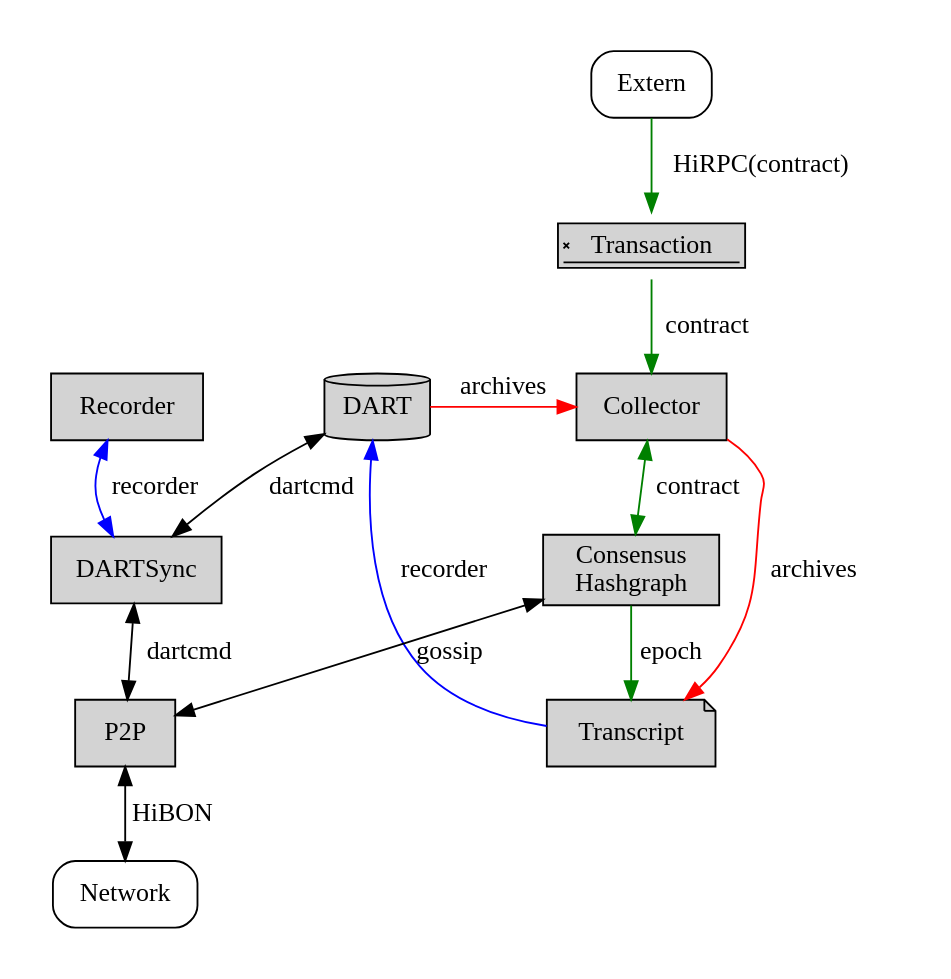
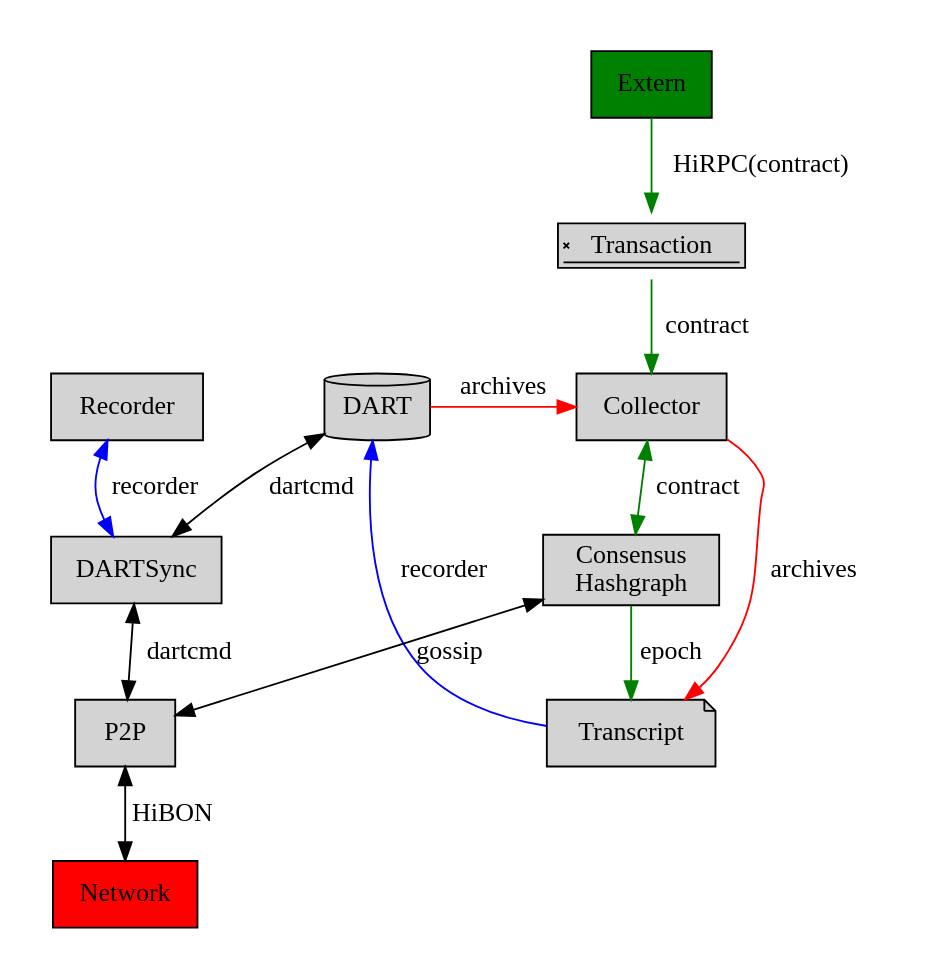
One commit to tagion/tagion changed the first of 5 diagrams in documents/Network_Architecture.md. Above: the diagram before and after it, drawn with Graphviz. The commit also changed 6 other files, not shown here.

````diff
--- a/documents/Network_Architecture.md
+++ b/documents/Network_Architecture.md
@@ -27,39 +27,40 @@
 ```graphviz
 digraph G {
 rankdir=UD;
   compound=true;
    node [style=filled]
   node [ shape = "rect"];
   DART [shape = cylinder]
   Network, Extern [ style = rounded];
-  Extern [fillcolor=green]
+  Extern [ style=filled fillcolor=green ];
+  Network [ style=filled fillcolor=red]
   Transaction [shape = signature]
   Transcript [shape = note]
   Consensus [label="Consensus\nHashgraph"]
   subgraph cluster_1 {
     peripheries=0;
     style = rounded;
     Extern -> Transaction [label="HiRPC(contract)" color=green];
  	Transaction -> Collector [label=contract color=green];
 	Collector -> Consensus [label=contract color=green dir=both];
 	Consensus -> Transcript [label=epoch color=green];
     Collector -> Transcript [label=archives color=red];
   };
   subgraph cluster_2 {
     peripheries=0;
 	DART;
     style = rounded;
   };
   subgraph cluster_0 {
     peripheries=0;
     style = rounded;
 	Recorder -> DARTSync [label=recorder color=blue dir=both];
 	DARTSync -> P2P [label=dartcmd dir=both];
 	P2P -> Network [label=HiBON dir=both];
   };
   DART -> DARTSync [label=dartcmd dir=both];
   DART -> Collector [label=archives color=red];
   Consensus -> P2P [label=gossip dir=both];
   Transcript -> DART [label=recorder color=blue];
 }
 ```
````
